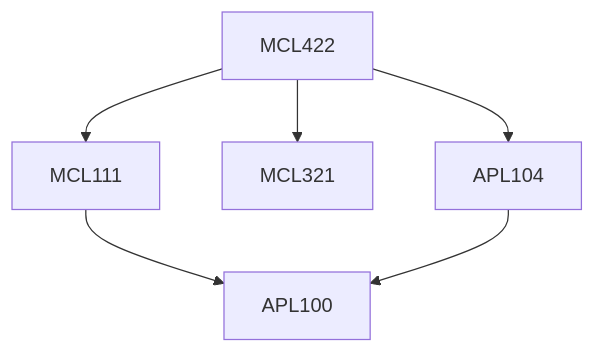
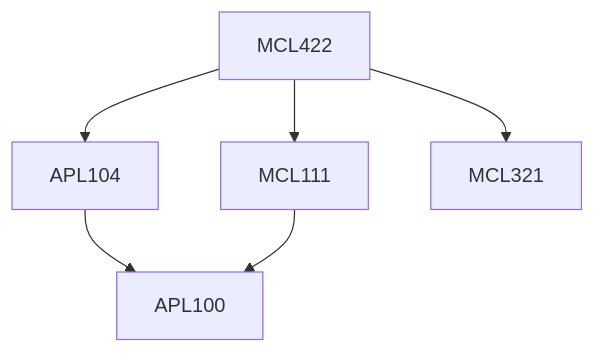
The diagram in content/Mechanical Engineering/MCL422.md (KeshavBansal0122/CoS_Website), drawn with Mermaid before and after one commit. The commit also changed other lines of this file and 2662 other files, not shown here.

````diff
--- a/content/Mechanical Engineering/MCL422.md
+++ b/content/Mechanical Engineering/MCL422.md
@@ -13,12 +13,12 @@
 ```mermaid
 flowchart TD
 MCL422-463[MCL422]
+APL104-463 --> APL100-463[APL100]
+MCL111-463 --> APL100-463[APL100]
+MCL422-463 --> APL104-463[APL104]
+MCL422-463 --> MCL321-463[MCL321]
 MCL422-463 --> MCL111-463[MCL111]
-MCL422-463 --> MCL321-463[MCL321]
-MCL422-463 --> APL104-463[APL104]
-MCL111-463 --> APL100-463[APL100]
-APL104-463 --> APL100-463[APL100]
 
 classDef empty height:17px, fill:transparent, stroke:transparent;
 classDef trueEmpty height:0px, width:0px;
 ```
````
